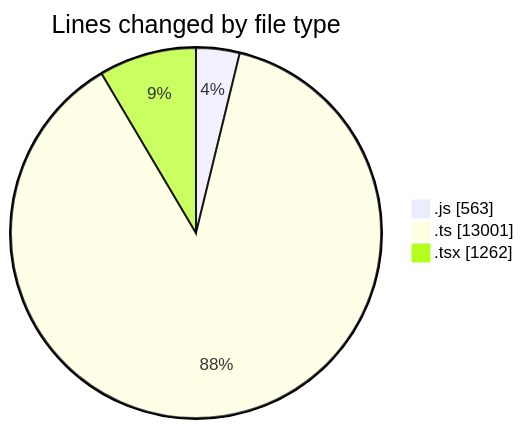
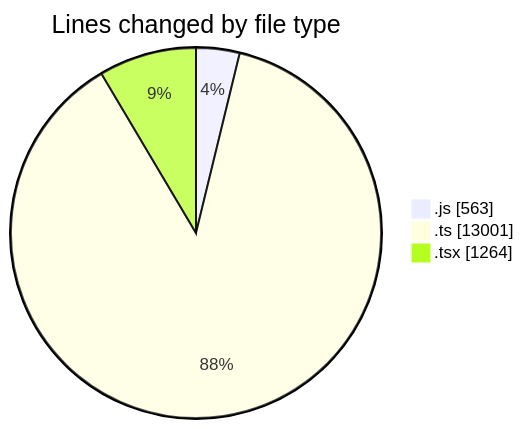
Before and after one commit to momahboobian/code-tracking: the first of 2 diagrams in 2025-11-14/cda/README.md, drawn with Mermaid. The commit also changed other lines of this file and 1 other file, not shown here.

````diff
--- a/2025-11-14/cda/README.md
+++ b/2025-11-14/cda/README.md
@@ -37,7 +37,7 @@
 ```mermaid
 pie showData
 title Lines changed by file type
 ".js" : 563
 ".ts" : 13001
-".tsx" : 1262
+".tsx" : 1264
 ```
````
